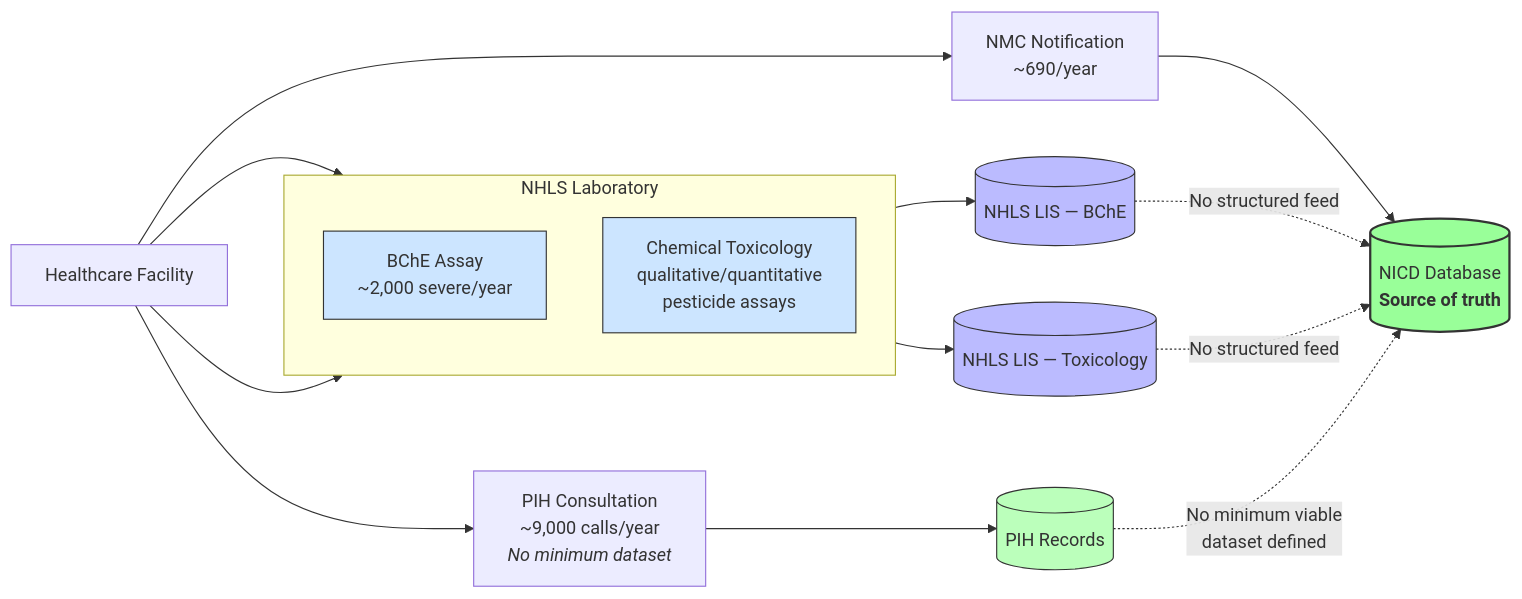
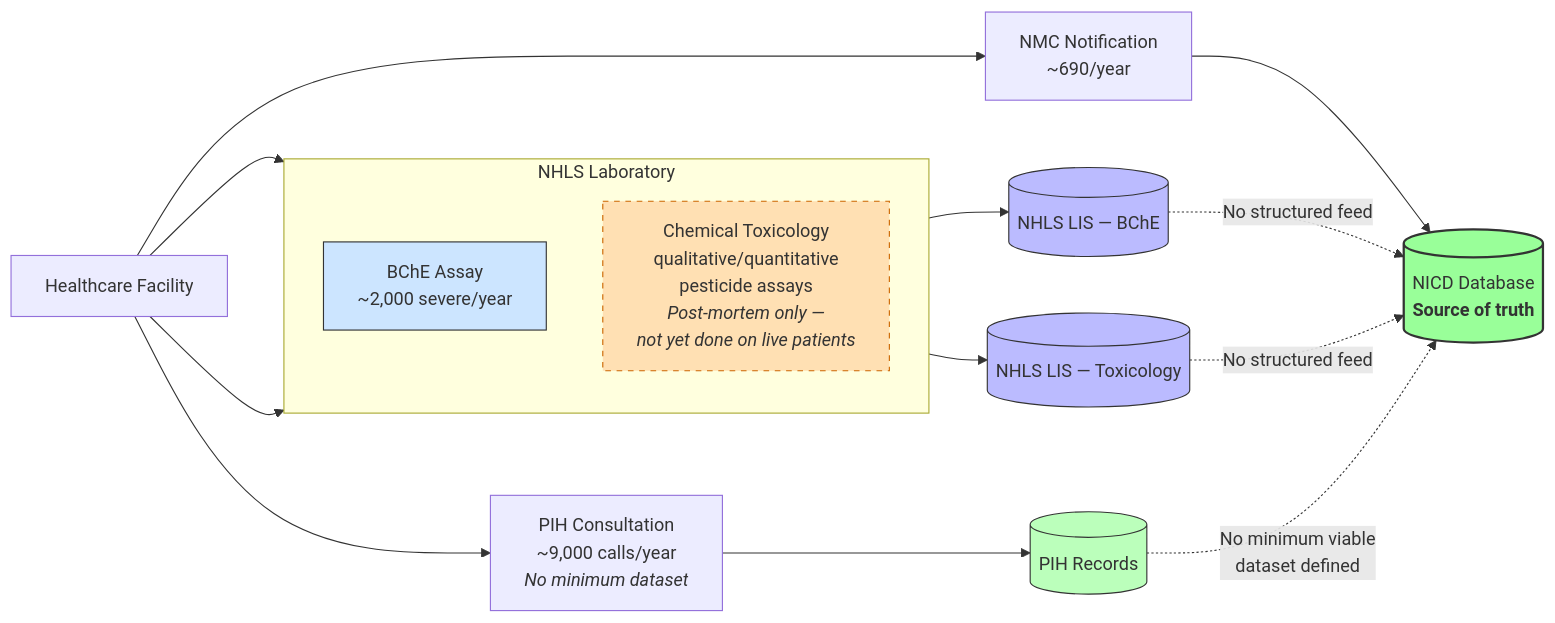
Before and after one commit to bridaybrummer/D2P_project: the first of 2 diagrams in posts/surveillance_concept_note.qmd, drawn with Mermaid. The commit also changed other lines of this file, not shown here.

Commit message:
Mark live-patient chemical toxicology as not yet routine in current-state diagram

````diff
--- a/posts/surveillance_concept_note.qmd
+++ b/posts/surveillance_concept_note.qmd
@@ -49,31 +49,31 @@
 ```{mermaid}
 %%| label: fig-current-system
-%%| fig-cap: "Current (fragmented) surveillance architecture. NICD is the de facto source-of-truth for case notifications, but the laboratory (BChE + chemical toxicology) and PIH streams do not flow into it in a structured way."
+%%| fig-cap: "Current (fragmented) surveillance architecture. NICD is the de facto source-of-truth for case notifications, but the laboratory streams (BChE; chemical toxicology — currently post-mortem only, not yet performed on live patients) and PIH do not flow into it in a structured way."
 flowchart LR
     A[Healthcare Facility] --> B[NMC Notification<br/>~690/year]
     A --> C1
     A --> C2
     A --> D[PIH Consultation<br/>~9,000 calls/year<br/><i>No minimum dataset</i>]
 
     subgraph NHLS [NHLS Laboratory]
         direction TB
         C1[BChE Assay<br/>~2,000 severe/year]
-        C2[Chemical Toxicology<br/>qualitative/quantitative<br/>pesticide assays]
+        C2[Chemical Toxicology<br/>qualitative/quantitative<br/>pesticide assays<br/><i>Post-mortem only —<br/>not yet done on live patients</i>]
     end
 
     B --> E[("NICD Database<br/><b>Source of truth</b>")]
     C1 --> F1[(NHLS LIS — BChE)]
     C2 --> F2[(NHLS LIS — Toxicology)]
     D --> G[(PIH Records)]
 
     F1 -.No structured feed.-> E
     F2 -.No structured feed.-> E
     G -.No minimum viable<br/>dataset defined.-> E
 
     style E fill:#9f9,stroke:#333,stroke-width:2px
     style C1 fill:#cce5ff,stroke:#333
-    style C2 fill:#cce5ff,stroke:#333
+    style C2 fill:#ffe0b3,stroke:#cc6600,stroke-dasharray: 5 5
     style F1 fill:#bbf,stroke:#333
     style F2 fill:#bbf,stroke:#333
     style G fill:#bfb,stroke:#333
 ```
````
